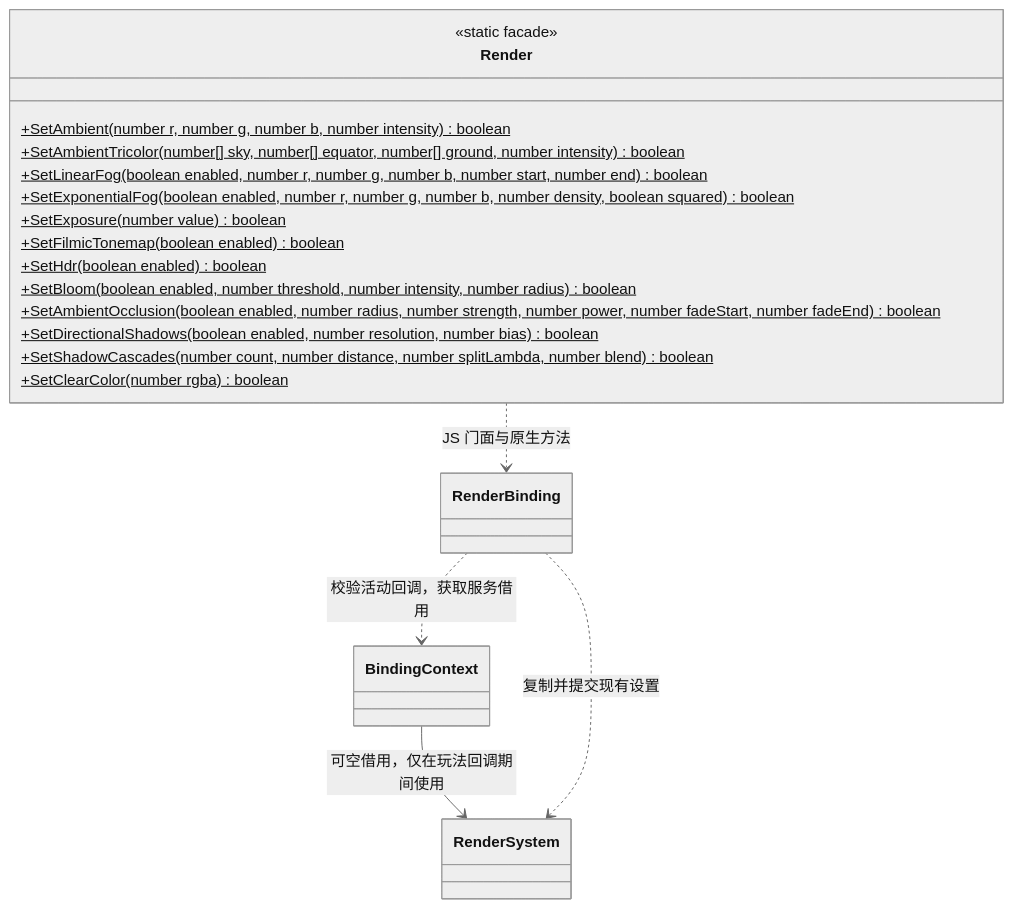
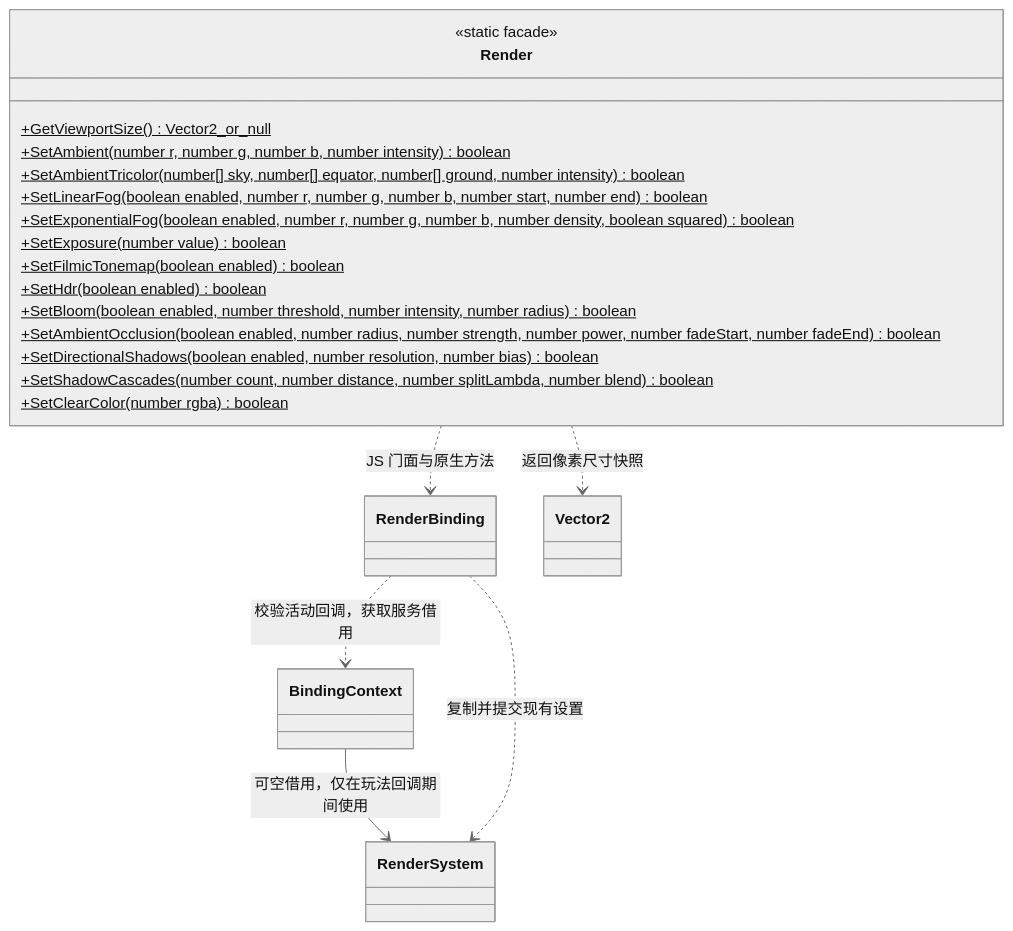
Before and after one commit to lcals/Engine: the first of 2 diagrams in docs/plugins/runtime/class-diagrams/render-script-api.md, drawn with Mermaid (neutral theme). The commit also changed other lines of this file and 60 other files, not shown here.

````diff
--- a/docs/plugins/runtime/class-diagrams/render-script-api.md
+++ b/docs/plugins/runtime/class-diagrams/render-script-api.md
@@ -9,25 +9,28 @@
 ```mermaid
 classDiagram
     class Render {
         <<static facade>>
+        +GetViewportSize() Vector2_or_null$
         +SetAmbient(number r, number g, number b, number intensity) boolean$
         +SetAmbientTricolor(number[] sky, number[] equator, number[] ground, number intensity) boolean$
         +SetLinearFog(boolean enabled, number r, number g, number b, number start, number end) boolean$
         +SetExponentialFog(boolean enabled, number r, number g, number b, number density, boolean squared) boolean$
         +SetExposure(number value) boolean$
         +SetFilmicTonemap(boolean enabled) boolean$
         +SetHdr(boolean enabled) boolean$
         +SetBloom(boolean enabled, number threshold, number intensity, number radius) boolean$
         +SetAmbientOcclusion(boolean enabled, number radius, number strength, number power, number fadeStart, number fadeEnd) boolean$
         +SetDirectionalShadows(boolean enabled, number resolution, number bias) boolean$
         +SetShadowCascades(number count, number distance, number splitLambda, number blend) boolean$
         +SetClearColor(number rgba) boolean$
     }
     class RenderBinding
     class BindingContext
     class RenderSystem
+    class Vector2
+    Render ..> Vector2 : 返回像素尺寸快照
     Render ..> RenderBinding : JS 门面与原生方法
     RenderBinding ..> BindingContext : 校验活动回调，获取服务借用
     BindingContext --> RenderSystem : 可空借用，仅在玩法回调期间使用
     RenderBinding ..> RenderSystem : 复制并提交现有设置
 ```
````
